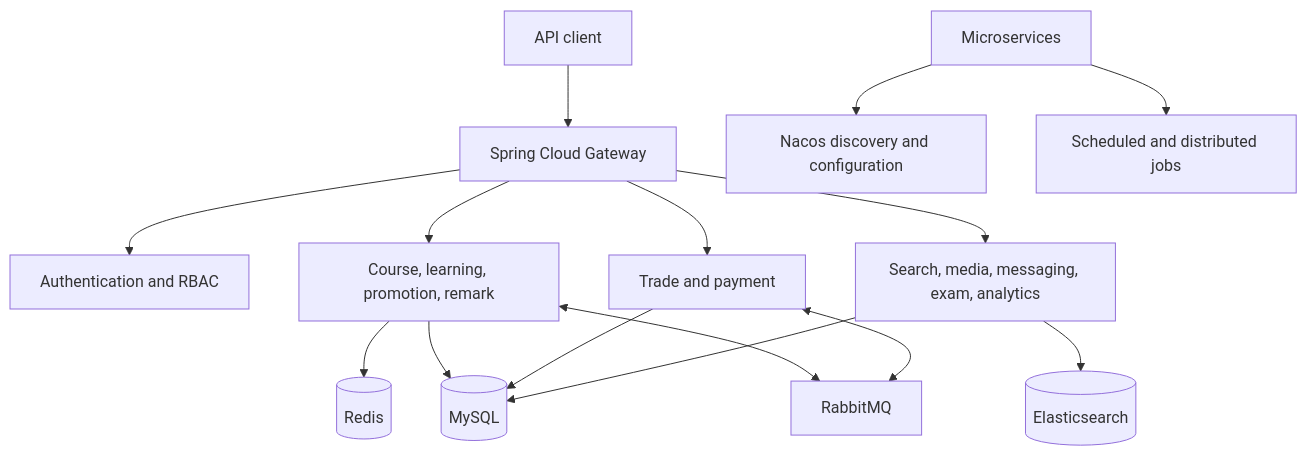
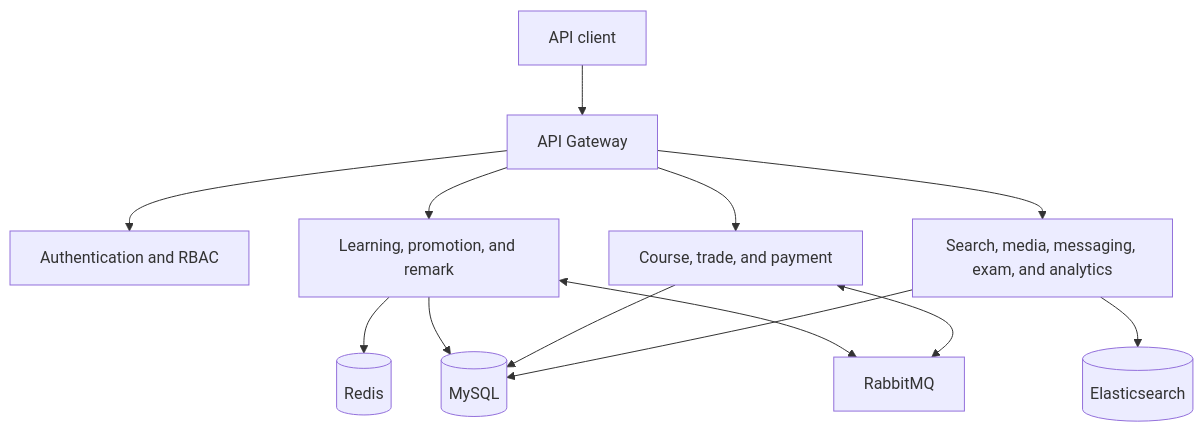
One commit to tiancaiq/learnforge changed the second of 2 diagrams in README.md. Above: the diagram before and after it, drawn with Mermaid. The commit also changed other lines of this file, not shown here.

````diff
--- a/README.md
+++ b/README.md
@@ -51,19 +67,17 @@
 ```mermaid
 flowchart TB
-    Client["API client"] --> Gateway["Spring Cloud Gateway"]
+    Client["API client"] --> Gateway["API Gateway"]
     Gateway --> Auth["Authentication and RBAC"]
-    Gateway --> Core["Course, learning, promotion, remark"]
-    Gateway --> Commerce["Trade and payment"]
-    Gateway --> Support["Search, media, messaging, exam, analytics"]
+    Gateway --> Core["Learning, promotion, and remark"]
+    Gateway --> Commerce["Course, trade, and payment"]
+    Gateway --> Support["Search, media, messaging, exam, and analytics"]
 
     Core --> Redis[(Redis)]
     Core --> MySQL[(MySQL)]
     Core <--> MQ[RabbitMQ]
     Commerce --> MySQL
     Commerce <--> MQ
     Support --> MySQL
     Support --> Search[(Elasticsearch)]
 
-    Services["Microservices"] --> Discovery["Nacos discovery and configuration"]
-    Services --> Jobs["Scheduled and distributed jobs"]
 ```
````
